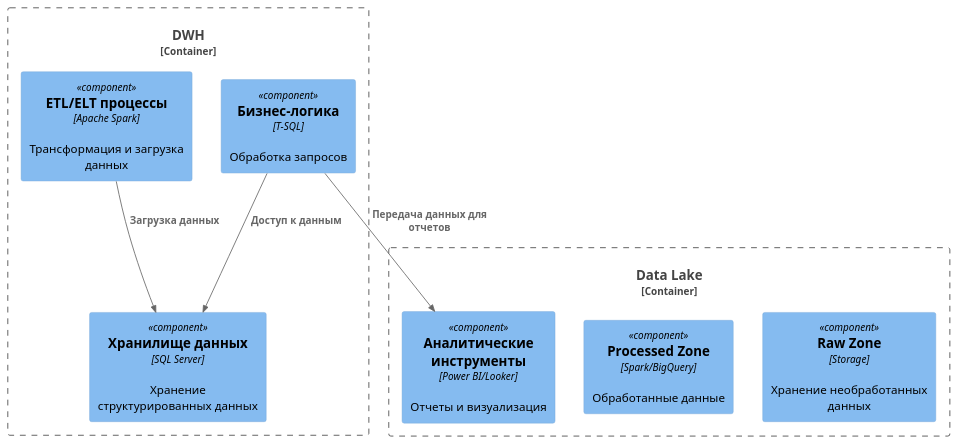
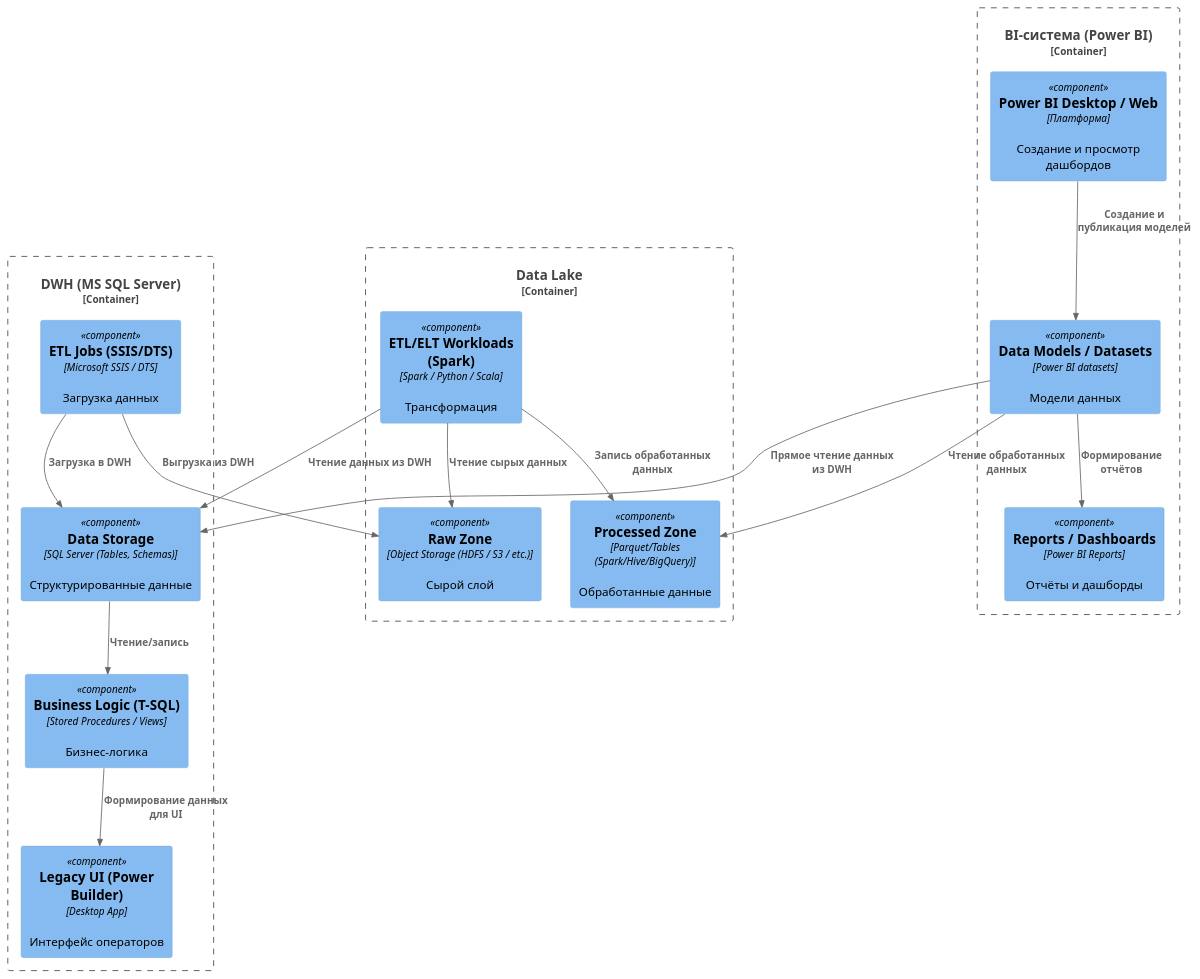
The diagram in Exc1/components.puml (boormistr/architecture-sprint-11), drawn with PlantUML before and after one commit. The commit also changed 5 other files, not shown here.

```diff
--- a/Exc1/components.puml
+++ b/Exc1/components.puml
@@ -1,19 +1,38 @@
 @startuml
 !include <C4/C4_Component>
 
-Container_Boundary(dwh, "DWH") {
-    Component(etl, "ETL/ELT процессы", "Apache Spark", "Трансформация и загрузка данных")
-    Component(data_storage, "Хранилище данных", "SQL Server", "Хранение структурированных данных")
-    Component(data_processing, "Бизнес-логика", "T-SQL", "Обработка запросов")
+Container_Boundary(dwhBoundary, "DWH (MS SQL Server)") {
+    Component(dwh_storage, "Data Storage", "SQL Server (Tables, Schemas)", "Структурированные данные")
+    Component(dwh_processing, "Business Logic (T-SQL)", "Stored Procedures / Views", "Бизнес-логика")
+    Component(legacy_ui, "Legacy UI (Power Builder)", "Desktop App", "Интерфейс операторов")
+    Component(etl_jobs_legacy, "ETL Jobs (SSIS/DTS)", "Microsoft SSIS / DTS", "Загрузка данных")
 }
 
-Container_Boundary(data_lake, "Data Lake") {
-    Component(raw_zone, "Raw Zone", "Storage", "Хранение необработанных данных")
-    Component(processed_zone, "Processed Zone", "Spark/BigQuery", "Обработанные данные")
-    Component(analytics_tools, "Аналитические инструменты", "Power BI/Looker", "Отчеты и визуализация")
+Rel(dwh_storage, dwh_processing, "Чтение/запись")
+Rel(dwh_processing, legacy_ui, "Формирование данных для UI")
+Rel(etl_jobs_legacy, dwh_storage, "Загрузка в DWH")
+
+Container_Boundary(dlBoundary, "Data Lake") {
+    Component(dl_raw_zone, "Raw Zone", "Object Storage (HDFS / S3 / etc.)", "Сырой слой")
+    Component(dl_processed_zone, "Processed Zone", "Parquet/Tables (Spark/Hive/BigQuery)", "Обработанные данные")
+    Component(etl_spark, "ETL/ELT Workloads (Spark)", "Spark / Python / Scala", "Трансформация")
 }
 
-Rel(etl, data_storage, "Загрузка данных")
-Rel(data_processing, data_storage, "Доступ к данным")
-Rel(data_processing, analytics_tools, "Передача данных для отчетов")
+Rel(etl_spark, dl_raw_zone, "Чтение сырых данных")
+Rel(etl_spark, dl_processed_zone, "Запись обработанных данных")
+
+Container_Boundary(biBoundary, "BI-система (Power BI)") {
+    Component(bi_desktop, "Power BI Desktop / Web", "Платформа", "Создание и просмотр дашбордов")
+    Component(bi_datasets, "Data Models / Datasets", "Power BI datasets", "Модели данных")
+    Component(bi_reports, "Reports / Dashboards", "Power BI Reports", "Отчёты и дашборды")
+}
+
+Rel(bi_desktop, bi_datasets, "Создание и публикация моделей")
+Rel(bi_datasets, bi_reports, "Формирование отчётов")
+
+Rel(etl_jobs_legacy, dl_raw_zone, "Выгрузка из DWH")
+Rel(etl_spark, dwh_storage, "Чтение данных из DWH")
+Rel(bi_datasets, dl_processed_zone, "Чтение обработанных данных")
+Rel(bi_datasets, dwh_storage, "Прямое чтение данных из DWH")
+
 @enduml
```
